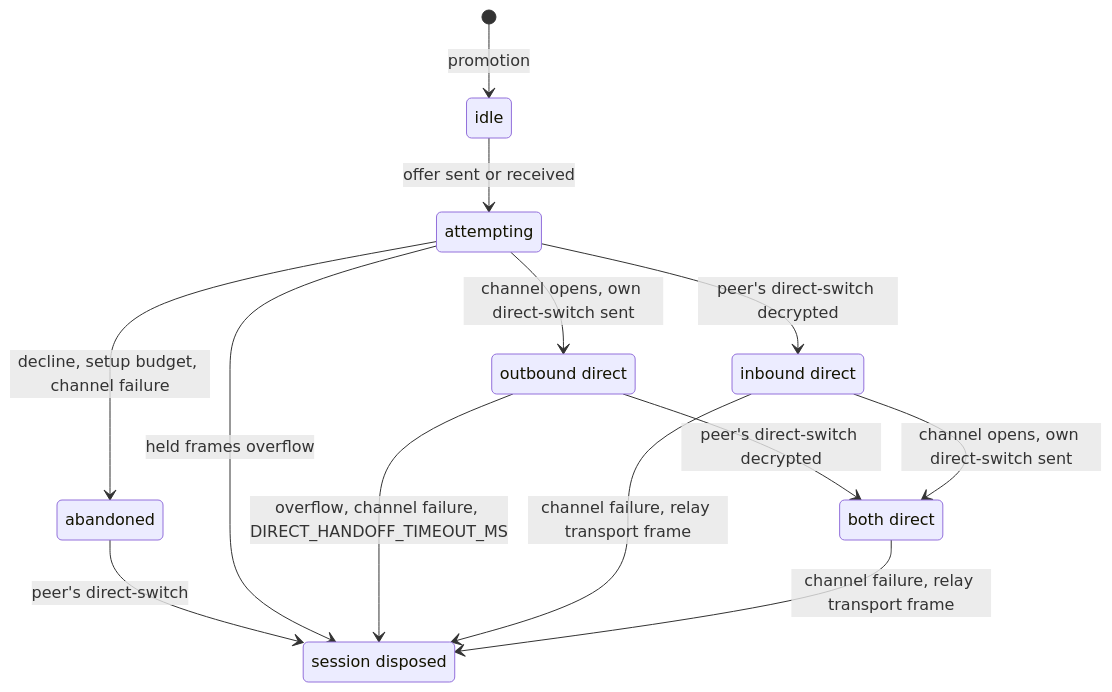
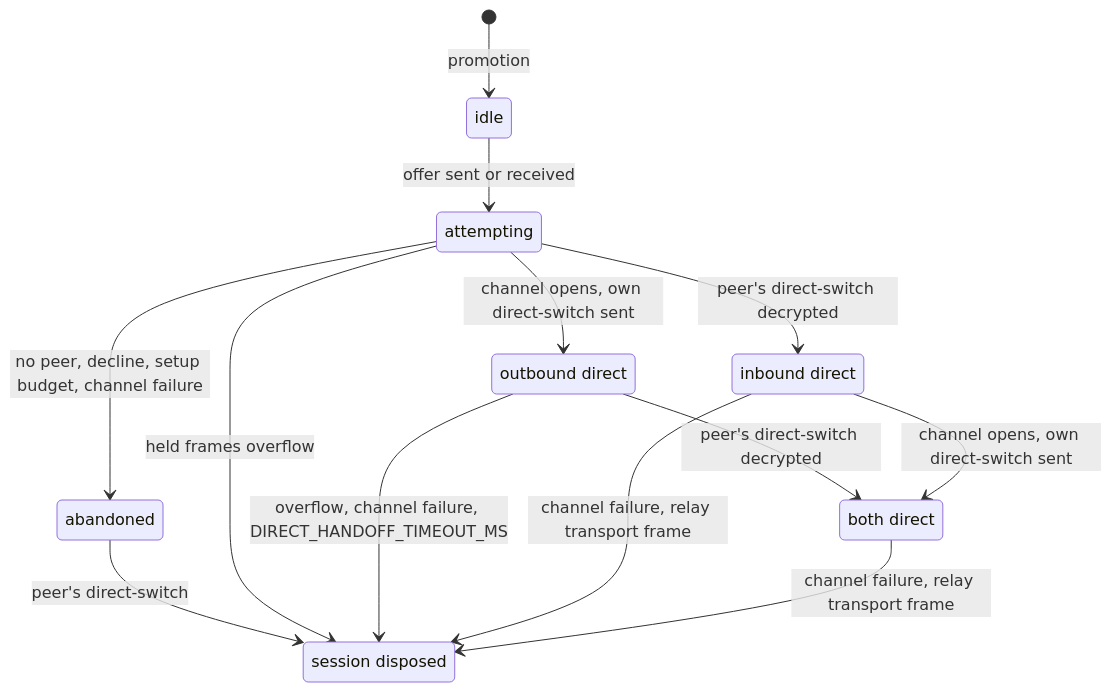
The diagram in docs/specs/remote-api.md (diffplug/dormouse), drawn with Mermaid before and after one commit.

Commit message:
remote-api: name the no-peer abandon in the cutover diagram
A runtime that builds no peer connection abandons the attempt too
(DirectEndpoint.#giveUp 'unsupported'); the attempting -> abandoned
edge now says so. Net +2 words.

````diff
--- a/docs/specs/remote-api.md
+++ b/docs/specs/remote-api.md
@@ -66,19 +66,19 @@
 ```mermaid
 stateDiagram-v2
   state "outbound direct" as out
   state "inbound direct" as in
   state "both direct" as both
   state "session disposed" as gone
   [*] --> idle: promotion
   idle --> attempting: offer sent or received
-  attempting --> abandoned: decline, setup budget, channel failure
+  attempting --> abandoned: no peer, decline, setup budget, channel failure
   attempting --> out: channel opens, own direct-switch sent
   attempting --> in: peer's direct-switch decrypted
   out --> both: peer's direct-switch decrypted
   in --> both: channel opens, own direct-switch sent
   abandoned --> gone: peer's direct-switch
   attempting --> gone: held frames overflow
   out --> gone: overflow, channel failure, DIRECT_HANDOFF_TIMEOUT_MS
   in --> gone: channel failure, relay transport frame
   both --> gone: channel failure, relay transport frame
 ```
````
